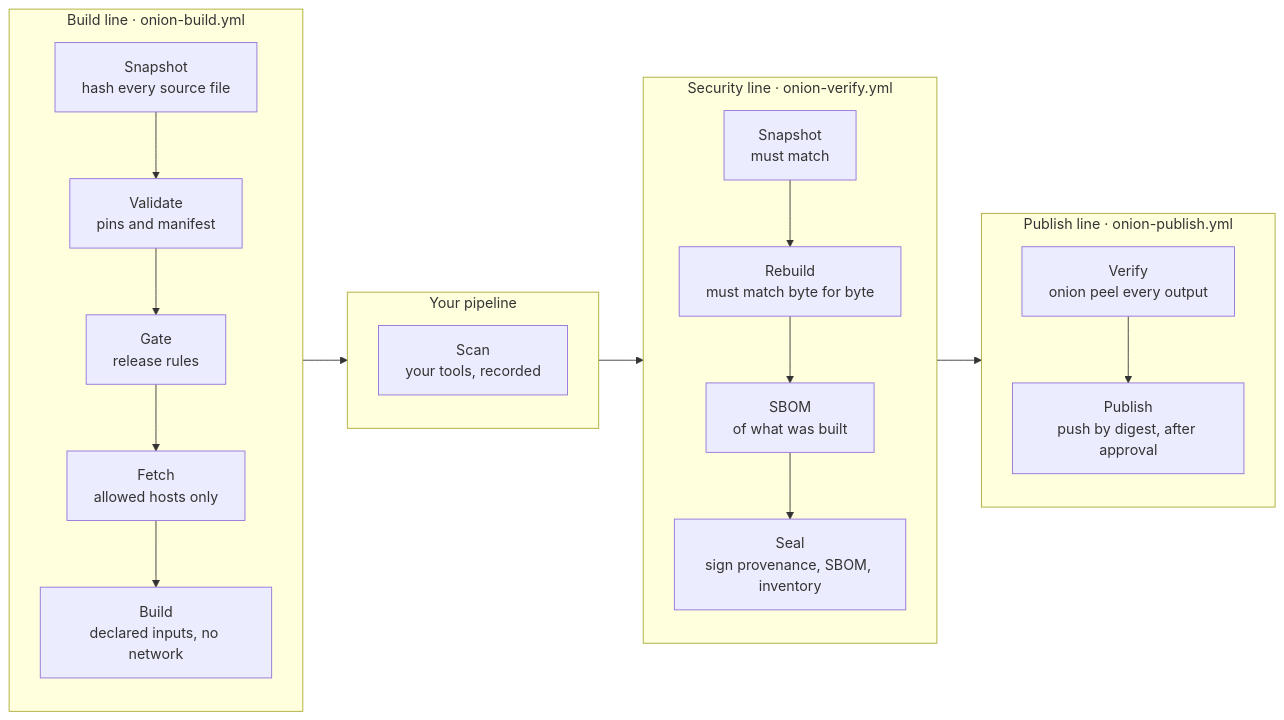
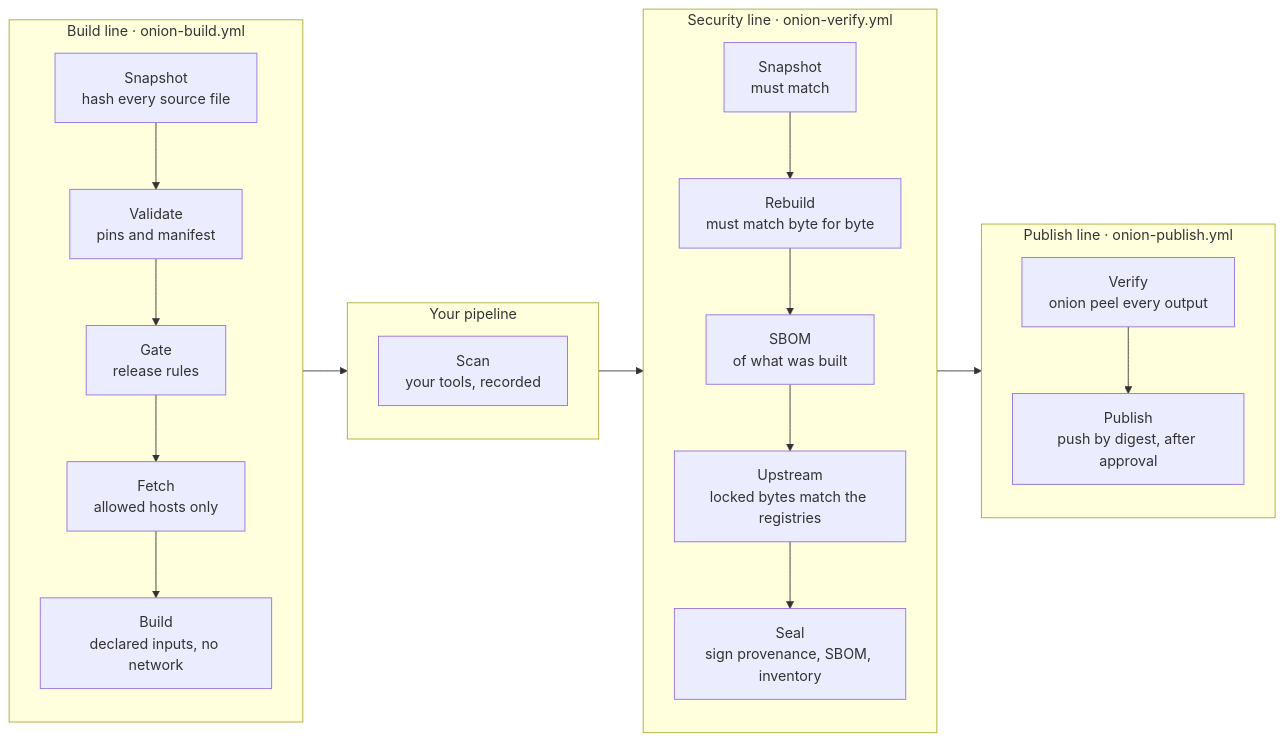
The diagram in README.md (PatterCJ/build-onion), drawn with Mermaid before and after one commit. The commit also changed other lines of this file and 27 other files, not shown here.

First line of the commit message:
Check locked dependencies against their public registries

````diff
--- a/README.md
+++ b/README.md
@@ -33,19 +34,19 @@
 ```mermaid
 flowchart LR
   subgraph B["Build line · onion-build.yml"]
     direction TB
     B1["Snapshot<br/>hash every source file"] --> B2["Validate<br/>pins and manifest"] --> B3["Gate<br/>release rules"] --> B4["Fetch<br/>allowed hosts only"] --> B5["Build<br/>declared inputs, no network"]
   end
   subgraph S["Your pipeline"]
     S1["Scan<br/>your tools, recorded"]
   end
   subgraph V["Security line · onion-verify.yml"]
     direction TB
-    V1["Snapshot<br/>must match"] --> V2["Rebuild<br/>must match byte for byte"] --> V3["SBOM<br/>of what was built"] --> V4["Seal<br/>sign provenance, SBOM, inventory"]
+    V1["Snapshot<br/>must match"] --> V2["Rebuild<br/>must match byte for byte"] --> V3["SBOM<br/>of what was built"] --> V5["Upstream<br/>locked bytes match the registries"] --> V4["Seal<br/>sign provenance, SBOM, inventory"]
   end
   subgraph P["Publish line · onion-publish.yml"]
     direction TB
     P1["Verify<br/>onion peel every output"] --> P2["Publish<br/>push by digest, after approval"]
   end
   B --> S --> V --> P
 ```
````
